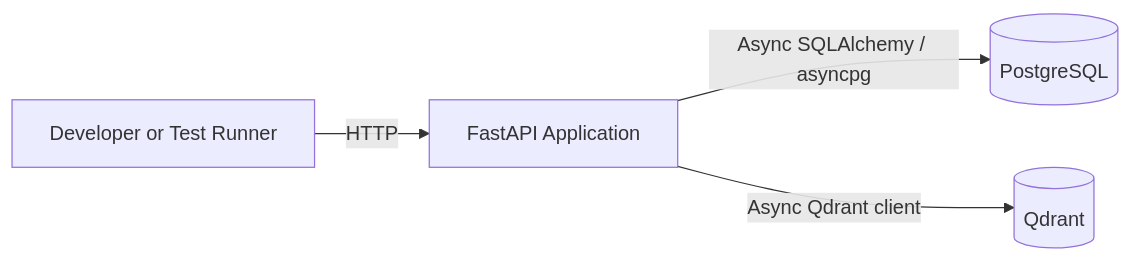
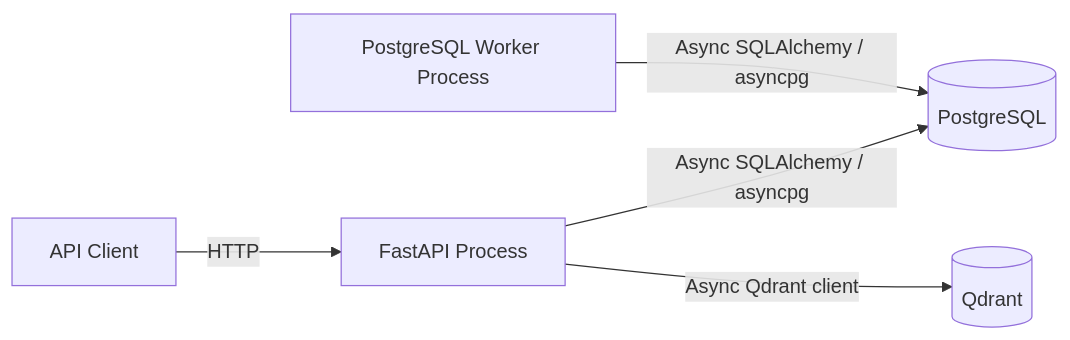
Before and after one commit to philgodoy96/supportops-ai-platform: the first of 8 diagrams in docs/architecture/runtime-topology.md, drawn with Mermaid. The commit also changed other lines of this file and 6 other files, not shown here.

Commit message:
docs: document PostgreSQL worker operations

````diff
--- a/docs/architecture/runtime-topology.md
+++ b/docs/architecture/runtime-topology.md
@@ -17,11 +18,13 @@
 ```mermaid
 flowchart LR
-    Developer[Developer or Test Runner]
-    API[FastAPI Application]
+    Client[API Client]
+    API[FastAPI Process]
+    Worker[PostgreSQL Worker Process]
     PostgreSQL[(PostgreSQL)]
     Qdrant[(Qdrant)]
 
-    Developer -->|HTTP| API
+    Client -->|HTTP| API
     API -->|Async SQLAlchemy / asyncpg| PostgreSQL
+    Worker -->|Async SQLAlchemy / asyncpg| PostgreSQL
     API -->|Async Qdrant client| Qdrant
 ```
````
